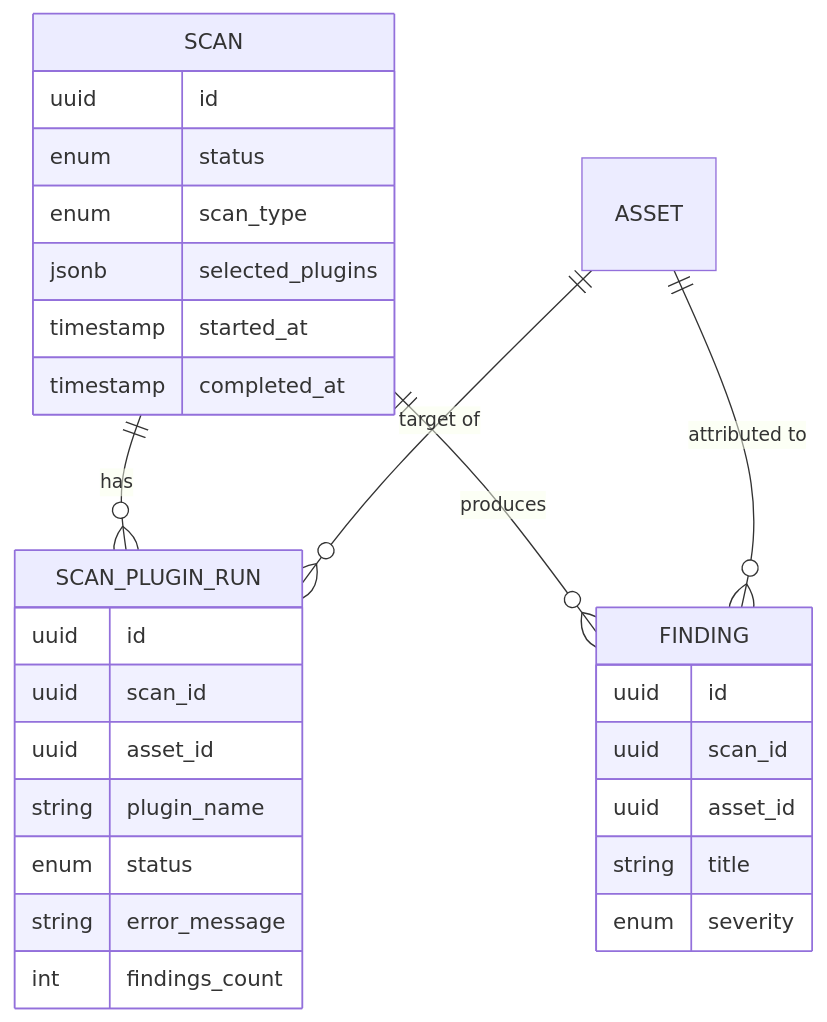
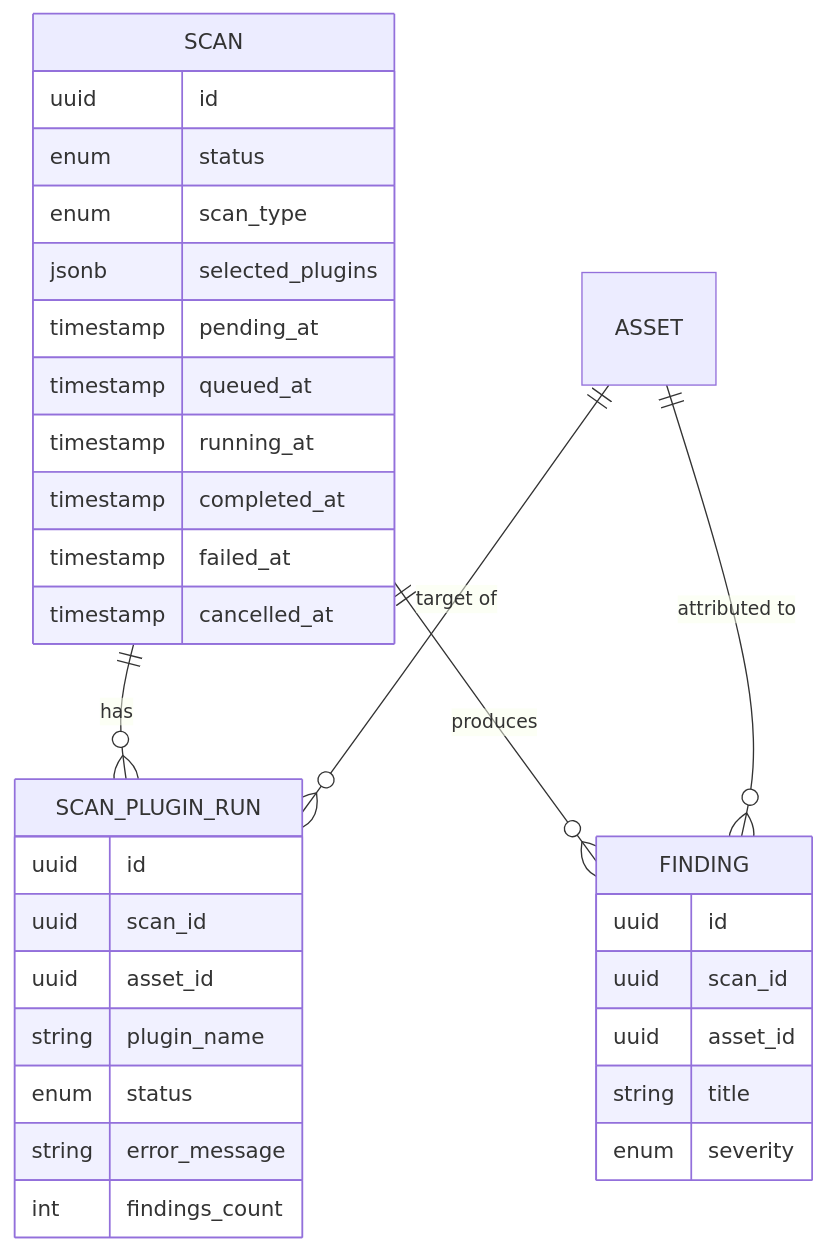
The seventh of 9 diagrams in docs/scan-engine.md (notjiji/Sandbox), drawn with Mermaid before and after one commit. The commit also changed other lines of this file and 14 other files, not shown here.

````diff
--- a/docs/scan-engine.md
+++ b/docs/scan-engine.md
@@ -342,34 +379,38 @@
 ```mermaid
 erDiagram
     SCAN ||--o{ SCAN_PLUGIN_RUN : has
     SCAN ||--o{ FINDING : produces
     ASSET ||--o{ SCAN_PLUGIN_RUN : "target of"
     ASSET ||--o{ FINDING : "attributed to"
 
     SCAN {
         uuid id
         enum status
         enum scan_type
         jsonb selected_plugins
-        timestamp started_at
+        timestamp pending_at
+        timestamp queued_at
+        timestamp running_at
         timestamp completed_at
+        timestamp failed_at
+        timestamp cancelled_at
     }
 
     SCAN_PLUGIN_RUN {
         uuid id
         uuid scan_id
         uuid asset_id
         string plugin_name
         enum status
         string error_message
         int findings_count
     }
 
     FINDING {
         uuid id
         uuid scan_id
         uuid asset_id
         string title
         enum severity
     }
 ```
````
